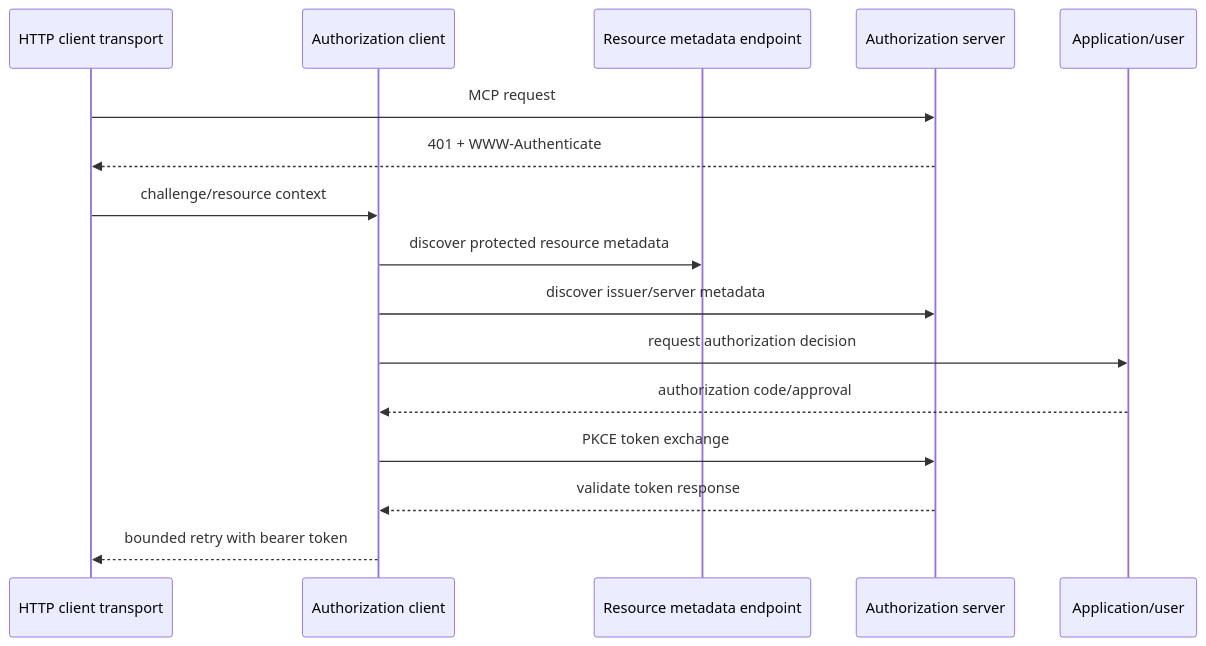
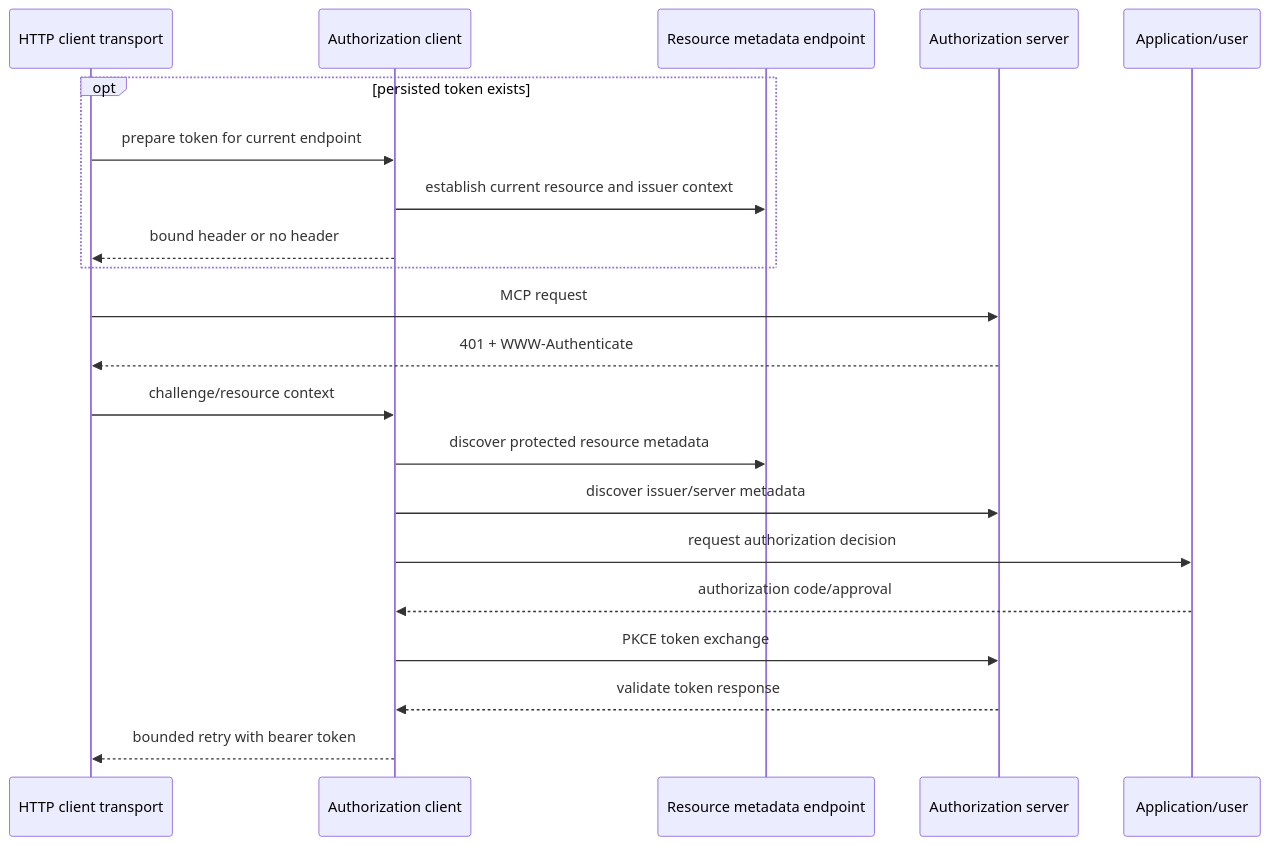
One commit to 1amageek/swift-sdk changed the second of 2 diagrams in Sources/MCP/Base/Authorization/DESIGN.md. Above: the diagram before and after it, drawn with Mermaid. The commit also changed other lines of this file and 40 other files, not shown here.

````diff
--- a/Sources/MCP/Base/Authorization/DESIGN.md
+++ b/Sources/MCP/Base/Authorization/DESIGN.md
@@ -73,19 +76,24 @@
 ```mermaid
 sequenceDiagram
     participant T as HTTP client transport
     participant A as Authorization client
     participant R as Resource metadata endpoint
     participant S as Authorization server
     participant U as Application/user
 
+    opt persisted token exists
+        T->>A: prepare token for current endpoint
+        A->>R: establish current resource and issuer context
+        A-->>T: bound header or no header
+    end
     T->>S: MCP request
     S-->>T: 401 + WWW-Authenticate
     T->>A: challenge/resource context
     A->>R: discover protected resource metadata
     A->>S: discover issuer/server metadata
     A->>U: request authorization decision
     U-->>A: authorization code/approval
     A->>S: PKCE token exchange
     S-->>A: validate token response
     A-->>T: bounded retry with bearer token
 ```
````
